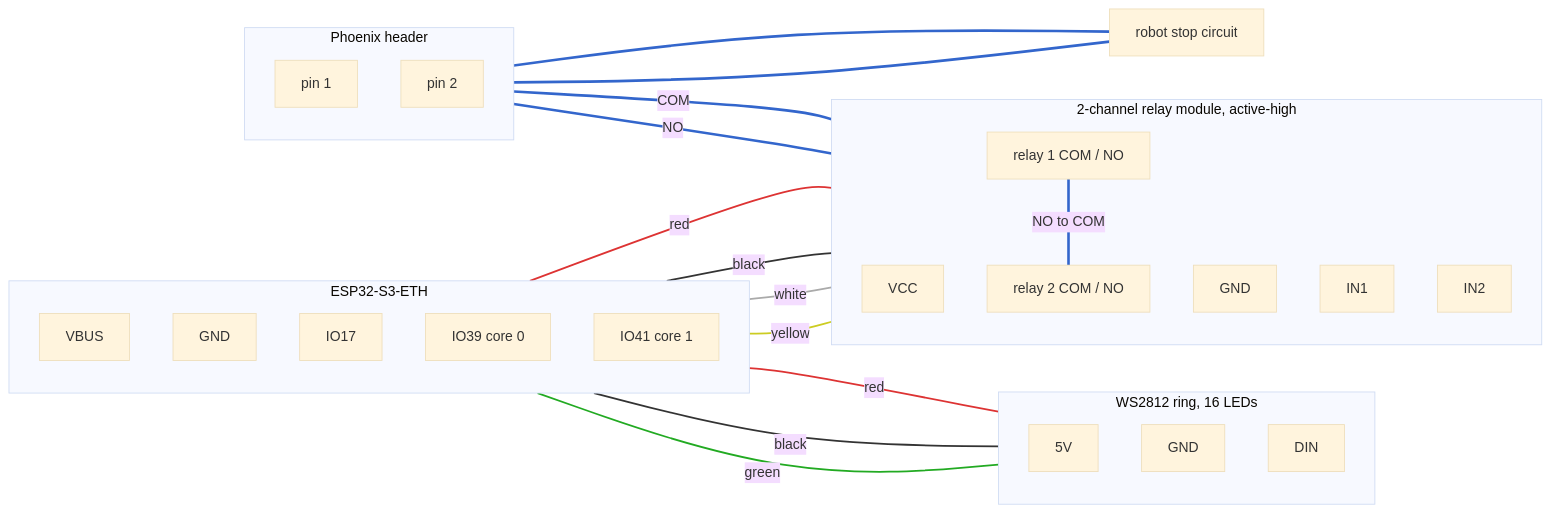
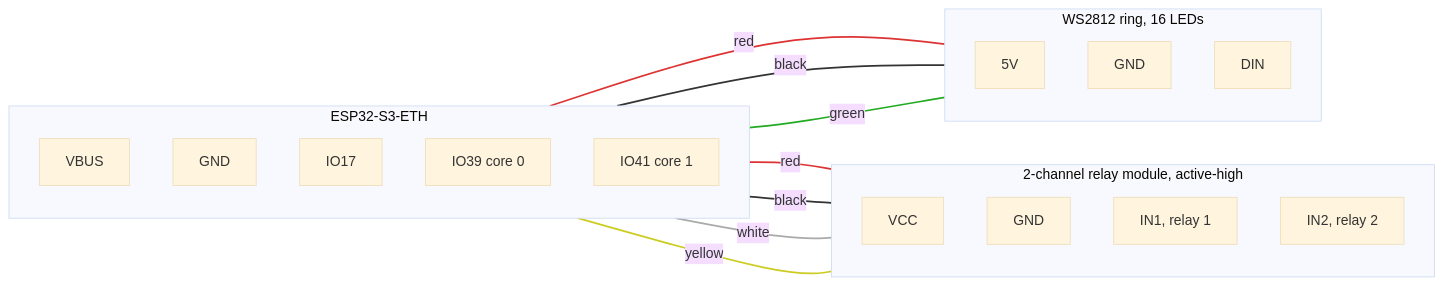
The second of 3 diagrams in hardware/README.md (polymathrobotics/protective-stop), drawn with Mermaid (base theme) before and after one commit. The commit also changed other lines of this file, not shown here.

Commit message:
docs(hardware): split the machine wiring diagram in two
One diagram for the board wiring, laid out like the remote's, and a straight
chain for the stop circuit through both relays' NO contacts; each sits under
the table it illustrates.

````diff
--- a/hardware/README.md
+++ b/hardware/README.md
@@ -130,56 +121,40 @@
 ```mermaid
 flowchart LR
     subgraph BOARD["ESP32-S3-ETH"]
         direction TB
         P5V["VBUS"]
         GND["GND"]
         G17["IO17"]
         G39["IO39 core 0"]
         G41["IO41 core 1"]
     end
 
+    subgraph RELAY["2-channel relay module, active-high"]
+        direction TB
+        RVCC["VCC"]
+        RGND["GND"]
+        IN1["IN1, relay 1"]
+        IN2["IN2, relay 2"]
+    end
+
     subgraph RING["WS2812 ring, 16 LEDs"]
         direction TB
         RV["5V"]
         RG["GND"]
         RD["DIN"]
     end
 
-    subgraph RELAY["2-channel relay module, active-high"]
-        direction TB
-        RVCC["VCC"]
-        RGND["GND"]
-        IN1["IN1"]
-        IN2["IN2"]
-        K1["relay 1 COM / NO"]
-        K2["relay 2 COM / NO"]
-    end
-
-    subgraph HDR["Phoenix header"]
-        direction TB
-        H1["pin 1"]
-        H2["pin 2"]
-    end
-
-    ROBOT["robot stop circuit"]
-
-    P5V --- |red| RV
-    GND --- |black| RG
-    G17 --- |green| RD
     P5V --- |red| RVCC
     GND --- |black| RGND
     G39 --- |white| IN1
     G41 --- |yellow| IN2
-    H1 --- |COM| K1
-    K1 --- |NO to COM| K2
-    K2 --- |NO| H2
-    H1 --- ROBOT
-    H2 --- ROBOT
+    P5V --- |red| RV
+    GND --- |black| RG
+    G17 --- |green| RD
 
-    linkStyle 0,3 stroke:#d33,stroke-width:2px
-    linkStyle 1,4 stroke:#333,stroke-width:2px
-    linkStyle 2 stroke:#2a2,stroke-width:2px
-    linkStyle 5 stroke:#aaa,stroke-width:2px
-    linkStyle 6 stroke:#cc2,stroke-width:2px
-    linkStyle 7,8,9,10,11 stroke:#36c,stroke-width:3px
+    linkStyle 0,4 stroke:#d33,stroke-width:2px
+    linkStyle 1,5 stroke:#333,stroke-width:2px
+    linkStyle 2 stroke:#aaa,stroke-width:2px
+    linkStyle 3 stroke:#cc2,stroke-width:2px
+    linkStyle 6 stroke:#2a2,stroke-width:2px
 ```
````
